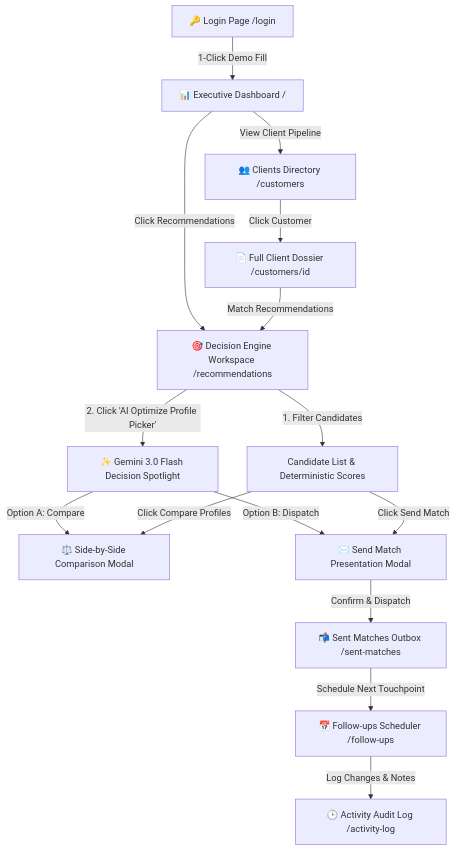
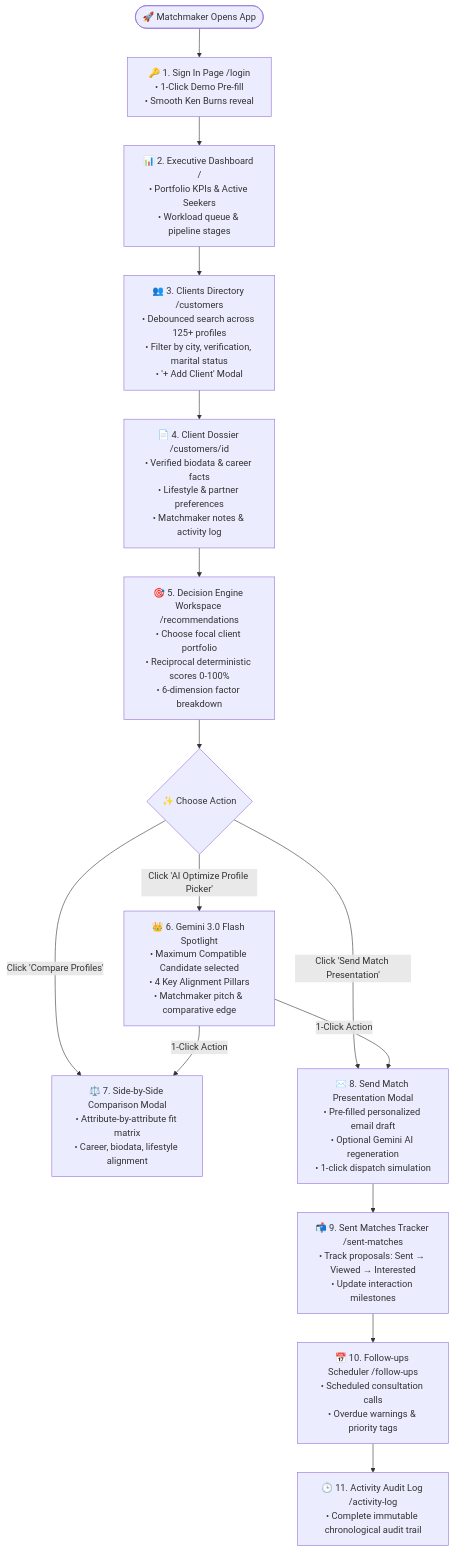
The first of 2 diagrams in README.md (Mighty-Sarthak-07/tdc-matchmaker), drawn with Mermaid before and after one commit. The commit also changed other lines of this file, not shown here.

Commit message:
docs: expand README with comprehensive beginner walkthrough, visual Mermaid userflow, screen table, and FAQ

````diff
--- a/README.md
+++ b/README.md
@@ -26,23 +28,29 @@
 ```mermaid
 flowchart TD
-    A[🔑 Login Page /login] -->|1-Click Demo Fill| B[📊 Executive Dashboard /]
-    B -->|View Client Pipeline| C[👥 Clients Directory /customers]
-    C -->|Click Customer| D[📄 Full Client Dossier /customers/id]
+    Start([🚀 Matchmaker Opens App]) --> Login[🔑 1. Sign In Page /login\n• 1-Click Demo Pre-fill\n• Smooth Ken Burns reveal]
     
-    B -->|Click Recommendations| E[🎯 Decision Engine Workspace /recommendations]
-    D -->|Match Recommendations| E
+    Login --> Dashboard[📊 2. Executive Dashboard /\n• Portfolio KPIs & Active Seekers\n• Workload queue & pipeline stages]
     
-    E -->|1. Filter Candidates| F[Candidate List & Deterministic Scores]
-    E -->|2. Click 'AI Optimize Profile Picker'| G[✨ Gemini 3.0 Flash Decision Spotlight]
+    Dashboard --> Clients[👥 3. Clients Directory /customers\n• Debounced search across 125+ profiles\n• Filter by city, verification, marital status\n• '+ Add Client' Modal]
     
-    G -->|Option A: Compare| H[⚖️ Side-by-Side Comparison Modal]
-    G -->|Option B: Dispatch| I[✉️ Send Match Presentation Modal]
+    Clients --> Dossier[📄 4. Client Dossier /customers/id\n• Verified biodata & career facts\n• Lifestyle & partner preferences\n• Matchmaker notes & activity log]
     
-    F -->|Click Compare Profiles| H
-    F -->|Click Send Match| I
+    Dossier --> Recomms[🎯 5. Decision Engine Workspace /recommendations\n• Choose focal client portfolio\n• Reciprocal deterministic scores 0-100%\n• 6-dimension factor breakdown]
     
-    I -->|Confirm & Dispatch| J[📬 Sent Matches Outbox /sent-matches]
-    J -->|Schedule Next Touchpoint| K[📅 Follow-ups Scheduler /follow-ups]
+    Recomms --> AIPicker{✨ Choose Action}
     
-    K -->|Log Changes & Notes| L[🕒 Activity Audit Log /activity-log]
+    AIPicker -->|Click 'AI Optimize Profile Picker'| OptimalModal[👑 6. Gemini 3.0 Flash Spotlight\n• Maximum Compatible Candidate selected\n• 4 Key Alignment Pillars\n• Matchmaker pitch & comparative edge]
+    
+    AIPicker -->|Click 'Compare Profiles'| CompareModal[⚖️ 7. Side-by-Side Comparison Modal\n• Attribute-by-attribute fit matrix\n• Career, biodata, lifestyle alignment]
+    
+    AIPicker -->|Click 'Send Match Presentation'| SendModal[✉️ 8. Send Match Presentation Modal\n• Pre-filled personalized email draft\n• Optional Gemini AI regeneration\n• 1-click dispatch simulation]
+    
+    OptimalModal -->|1-Click Action| SendModal
+    OptimalModal -->|1-Click Action| CompareModal
+    
+    SendModal --> SentMatches[📬 9. Sent Matches Tracker /sent-matches\n• Track proposals: Sent → Viewed → Interested\n• Update interaction milestones]
+    
+    SentMatches --> FollowUps[📅 10. Follow-ups Scheduler /follow-ups\n• Scheduled consultation calls\n• Overdue warnings & priority tags]
+    
+    FollowUps --> AuditLog[🕒 11. Activity Audit Log /activity-log\n• Complete immutable chronological audit trail]
 ```
````
